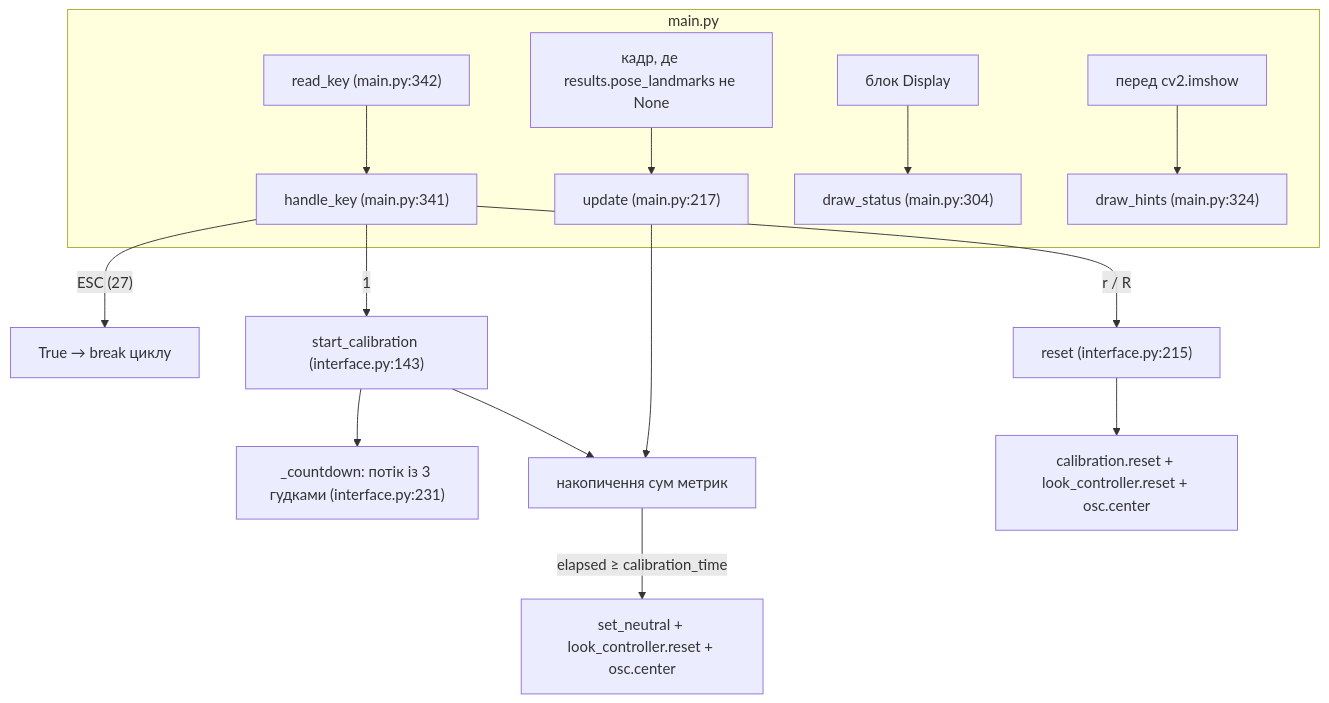
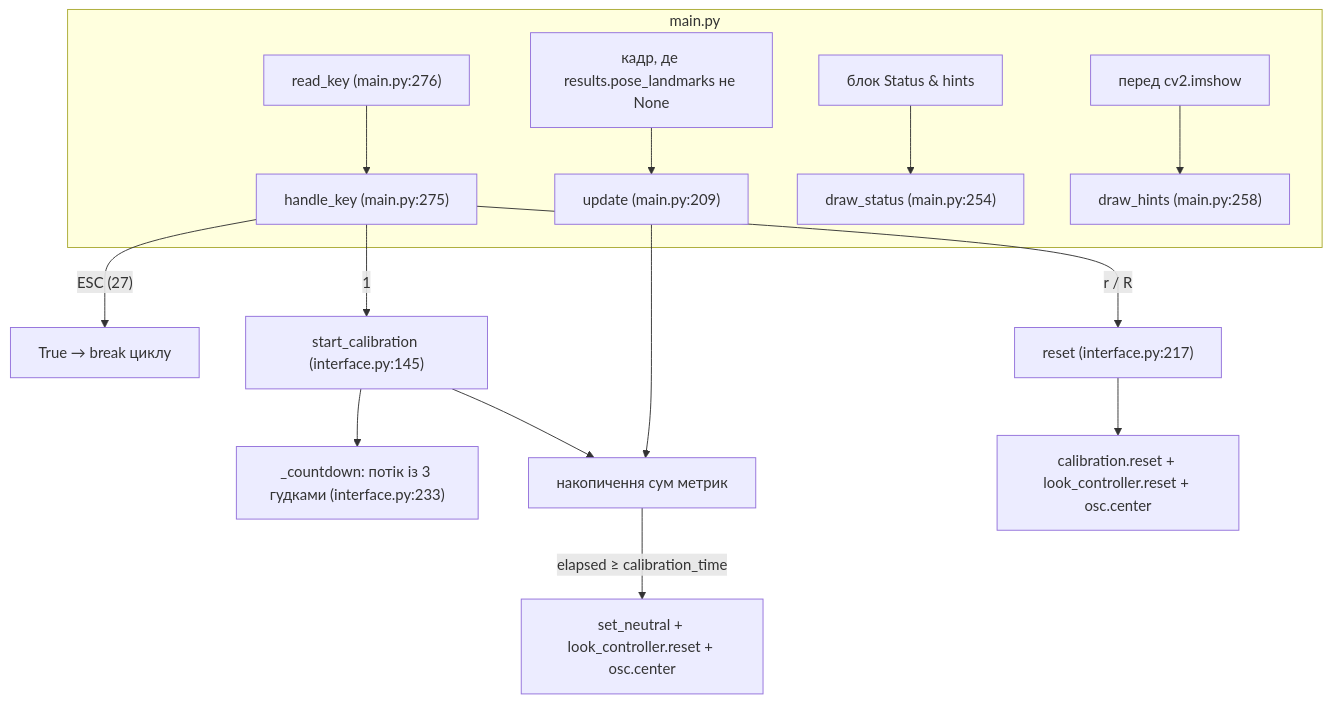
Before and after one commit to oleksandrblazhko/NonVR4VRChat: the fourth of 4 diagrams in MediaPipe/Project.md, drawn with Mermaid. The commit also changed other lines of this file and 4 other files, not shown here.

````diff
--- a/MediaPipe/Project.md
+++ b/MediaPipe/Project.md
@@ -337,19 +339,19 @@
 ```mermaid
 graph TD
     subgraph main.py
-        WK["read_key (main.py:342)"] --> HK["handle_key (main.py:341)"]
-        POSE["кадр, де results.pose_landmarks не None"] --> UPD["update (main.py:217)"]
-        DISP["блок Display"] --> ST["draw_status (main.py:304)"]
-        SHOW["перед cv2.imshow"] --> HN["draw_hints (main.py:324)"]
+        WK["read_key (main.py:276)"] --> HK["handle_key (main.py:275)"]
+        POSE["кадр, де results.pose_landmarks не None"] --> UPD["update (main.py:209)"]
+        DISP["блок Status & hints"] --> ST["draw_status (main.py:254)"]
+        SHOW["перед cv2.imshow"] --> HN["draw_hints (main.py:258)"]
     end
 
     HK -->|"ESC (27)"| QUIT["True → break циклу"]
-    HK -->|"1"| SC["start_calibration (interface.py:143)"]
-    HK -->|"r / R"| RS["reset (interface.py:215)"]
+    HK -->|"1"| SC["start_calibration (interface.py:145)"]
+    HK -->|"r / R"| RS["reset (interface.py:217)"]
 
-    SC --> THR["_countdown: потік із 3 гудками (interface.py:231)"]
+    SC --> THR["_countdown: потік із 3 гудками (interface.py:233)"]
     SC --> ACC["накопичення сум метрик"]
     UPD --> ACC
     ACC -->|"elapsed ≥ calibration_time"| FIN["set_neutral + look_controller.reset + osc.center"]
     RS --> RST["calibration.reset + look_controller.reset + osc.center"]
 ```
````
